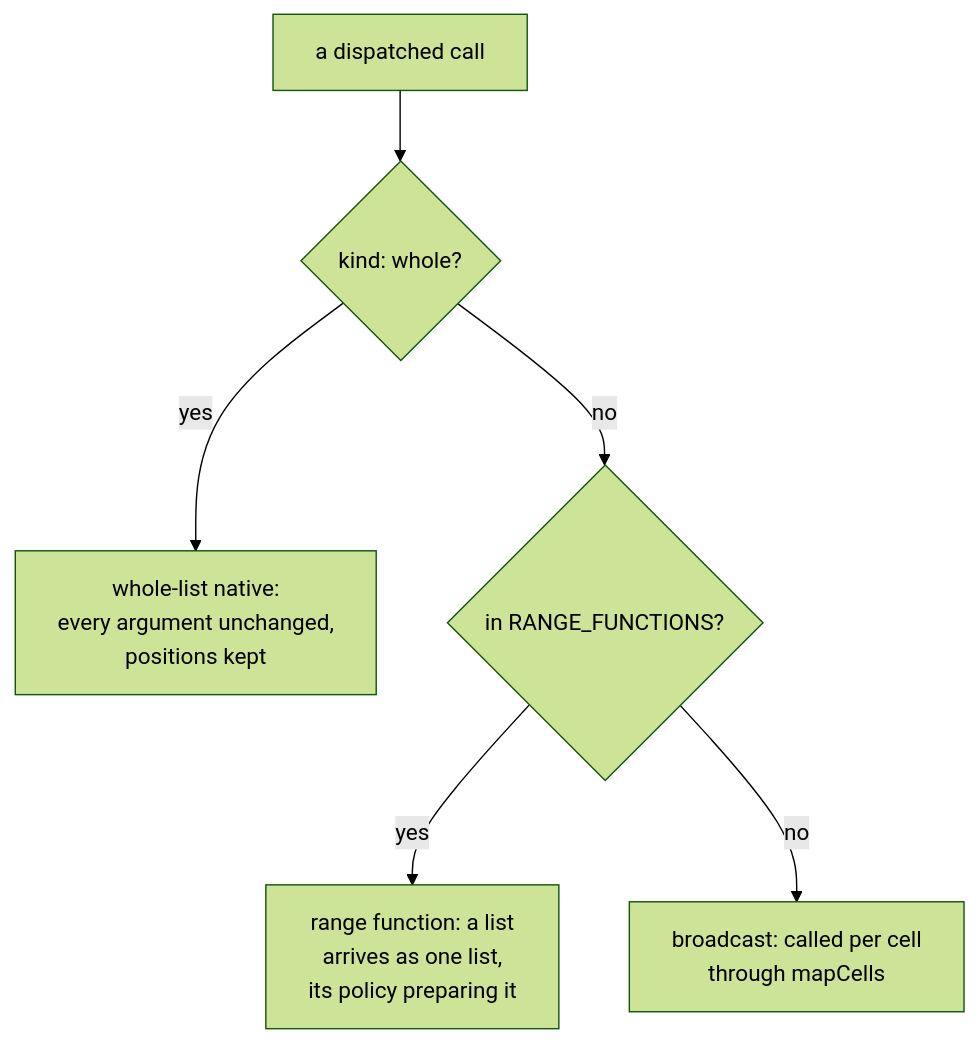
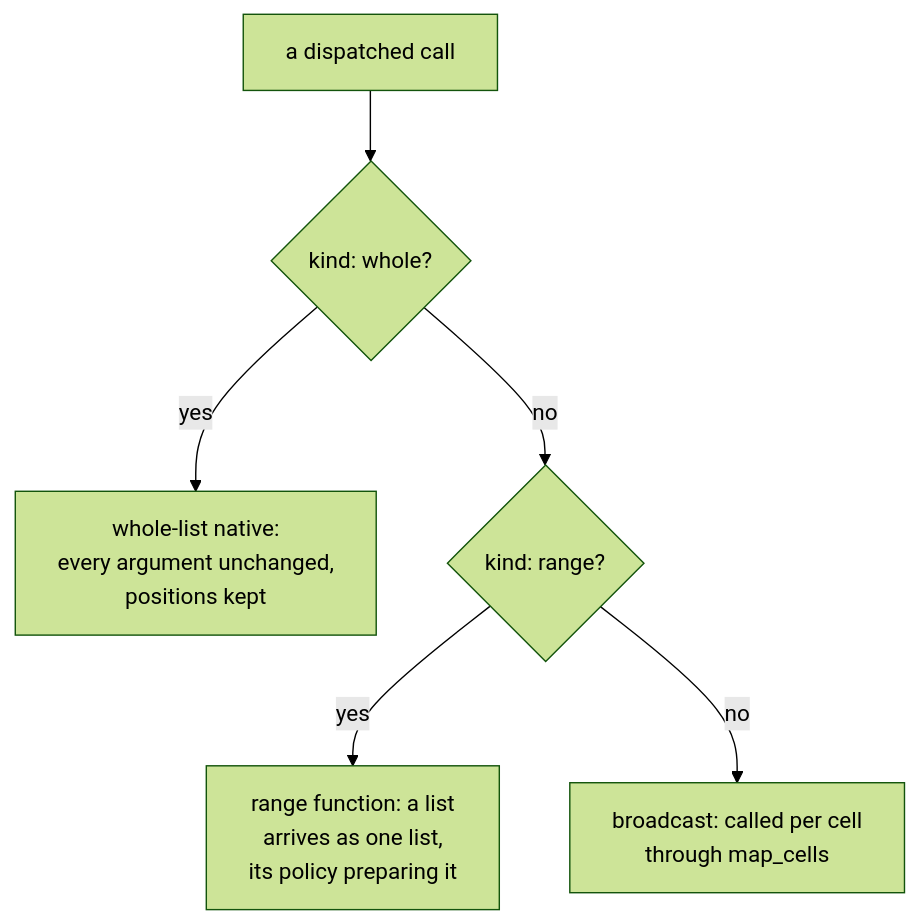
One commit to bubba8587/solenoid changed the third of 6 diagrams in tree/specs/computation/formula-language.md. Above: the diagram before and after it, drawn with Mermaid (forest theme). The commit also changed other lines of this file and 33 other files, not shown here.

````diff
--- a/tree/specs/computation/formula-language.md
+++ b/tree/specs/computation/formula-language.md
@@ -282,8 +282,8 @@
 ```mermaid
 flowchart TD
     call["a dispatched call"] --> w{"kind: whole?"}
     w -->|yes| whole["whole-list native:<br>every argument unchanged,<br>positions kept"]
-    w -->|no| r{"in RANGE_FUNCTIONS?"}
+    w -->|no| r{"kind: range?"}
     r -->|yes| rng["range function: a list<br>arrives as one list,<br>its policy preparing it"]
-    r -->|no| b["broadcast: called per cell<br>through mapCells"]
+    r -->|no| b["broadcast: called per cell<br>through map_cells"]
 ```
````
